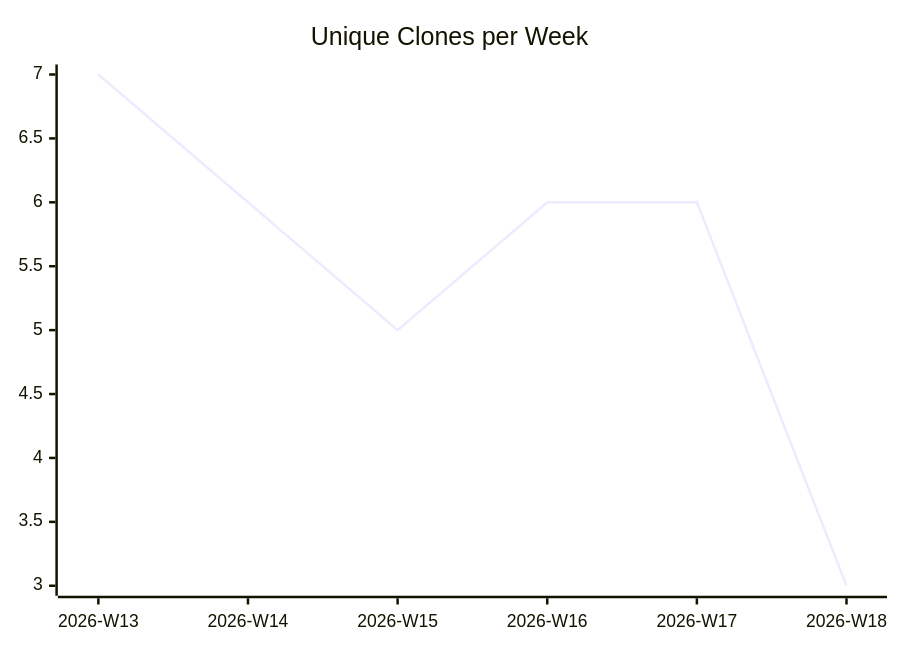
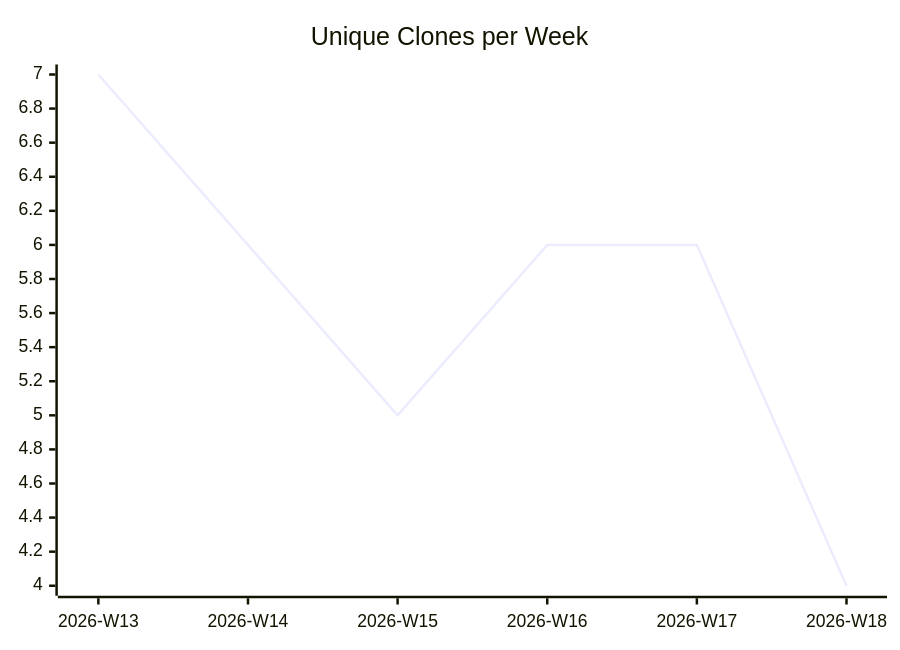
One commit to justdavis-family/github-analytics-data changed the third of 3 diagrams in karlmdavis/lego-ev3dev-rs/README.md. Above: the diagram before and after it, drawn with Mermaid. The commit also changed other lines of this file and 187 other files, not shown here.

````diff
--- a/karlmdavis/lego-ev3dev-rs/README.md
+++ b/karlmdavis/lego-ev3dev-rs/README.md
@@ -19,6 +19,6 @@
 ```mermaid
 xychart-beta
   title "Unique Clones per Week"
   x-axis ["2026-W13", "2026-W14", "2026-W15", "2026-W16", "2026-W17", "2026-W18"]
-  line [7, 6, 5, 6, 6, 3]
+  line [7, 6, 5, 6, 6, 4]
 ```
````
